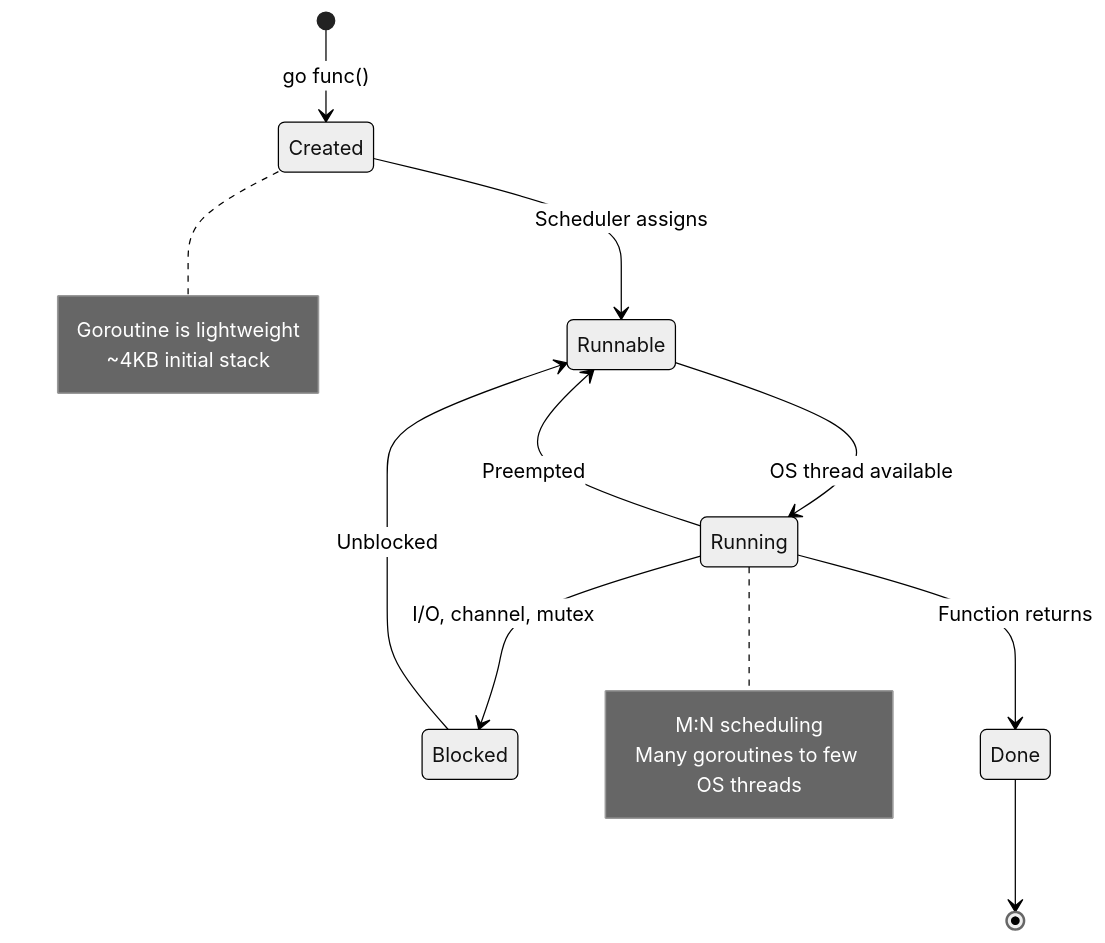
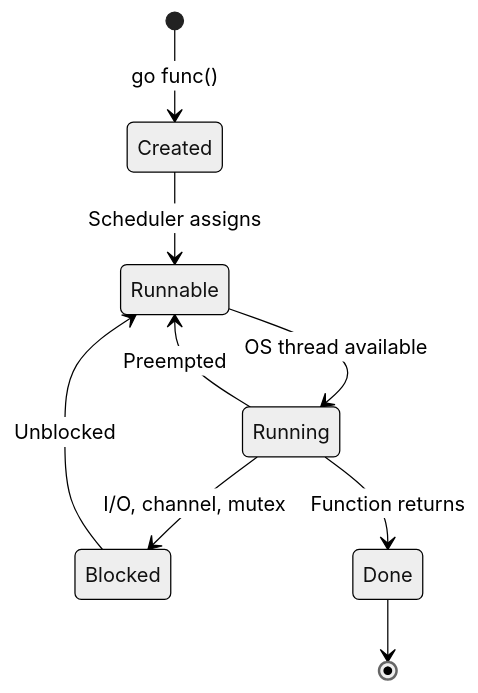
Before and after one commit to vanchasrujankumar/go-learning-journey: the tenth of 13 diagrams in docs/ARCHITECTURE.md, drawn with Mermaid (neutral theme). The commit also changed other lines of this file and 82 other files, not shown here.

````diff
--- a/docs/ARCHITECTURE.md
+++ b/docs/ARCHITECTURE.md
@@ -358,21 +349,11 @@
 ```mermaid
 stateDiagram-v2
     [*] --> Created: go func()
     Created --> Runnable: Scheduler assigns
     Runnable --> Running: OS thread available
     Running --> Blocked: I/O, channel, mutex
     Blocked --> Runnable: Unblocked
     Running --> Runnable: Preempted
     Running --> Done: Function returns
     Done --> [*]
-    
-    note right of Created
-        Goroutine is lightweight
-        ~4KB initial stack
-    end note
-    
-    note right of Running
-        M:N scheduling
-        Many goroutines to few OS threads
-    end note
 ```
````
